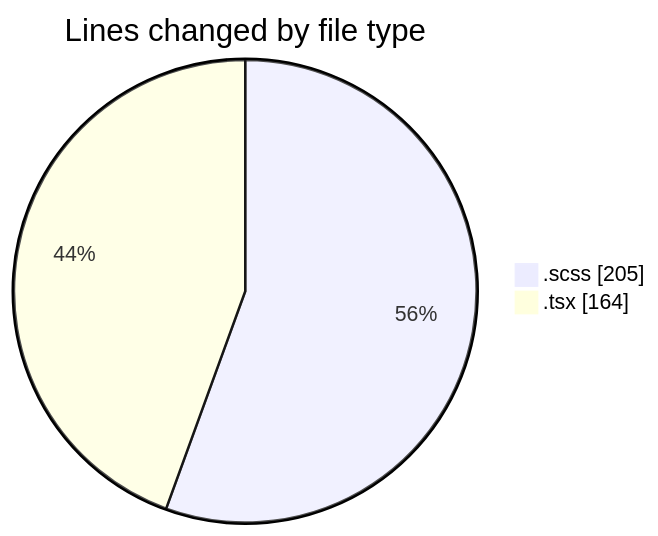
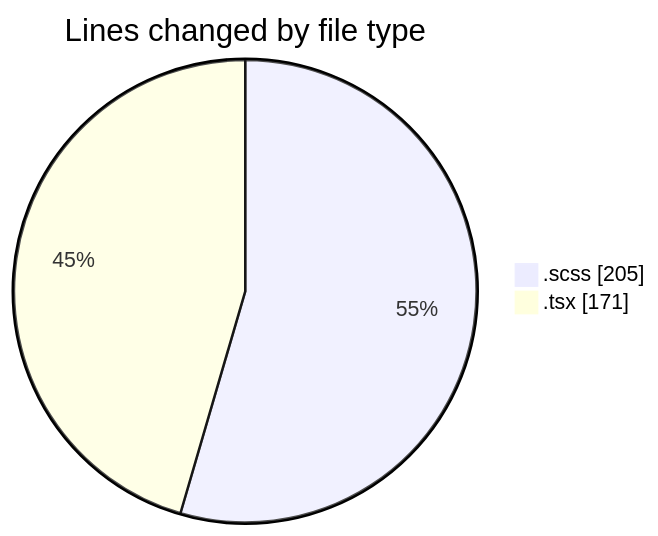
One commit to momahboobian/code-tracking changed the first of 2 diagrams in 2025-08-28/cda/README.md. Above: the diagram before and after it, drawn with Mermaid. The commit also changed other lines of this file and 1 other file, not shown here.

````diff
--- a/2025-08-28/cda/README.md
+++ b/2025-08-28/cda/README.md
@@ -21,6 +21,6 @@
 ```mermaid
 pie showData
 title Lines changed by file type
 ".scss" : 205
-".tsx" : 164
+".tsx" : 171
 ```
````
